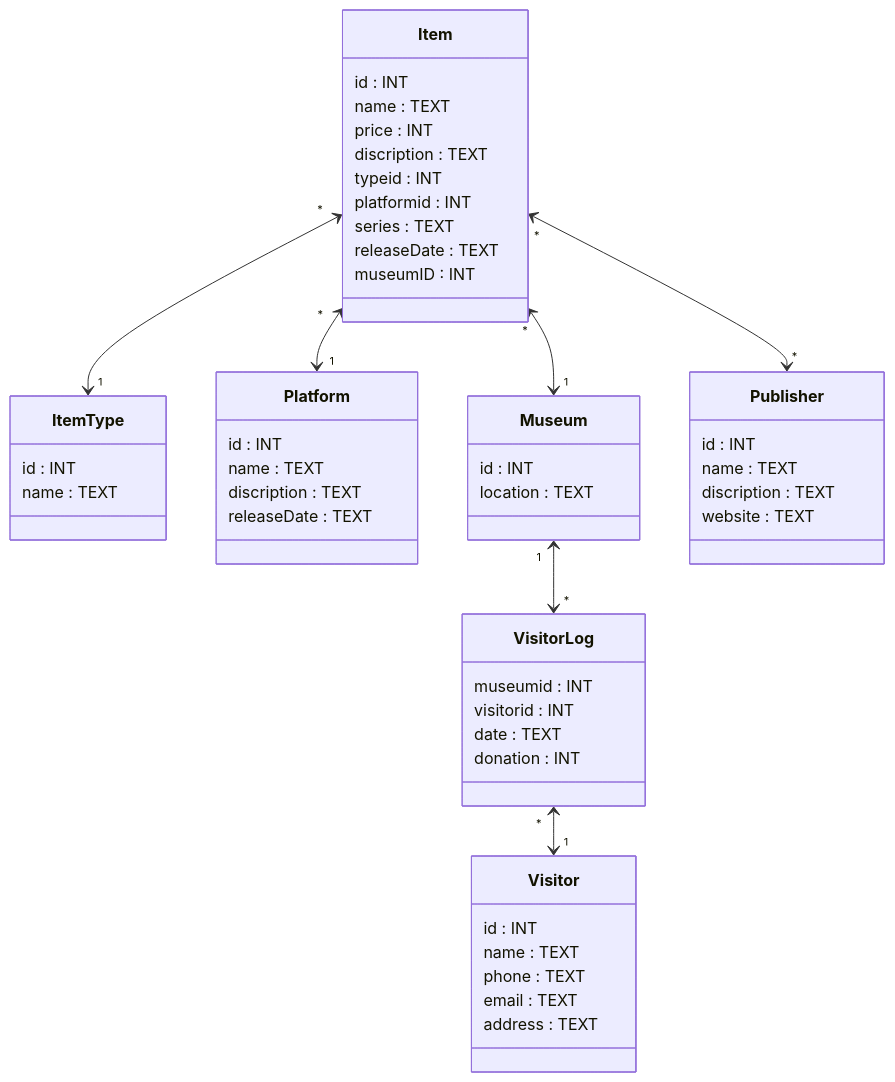
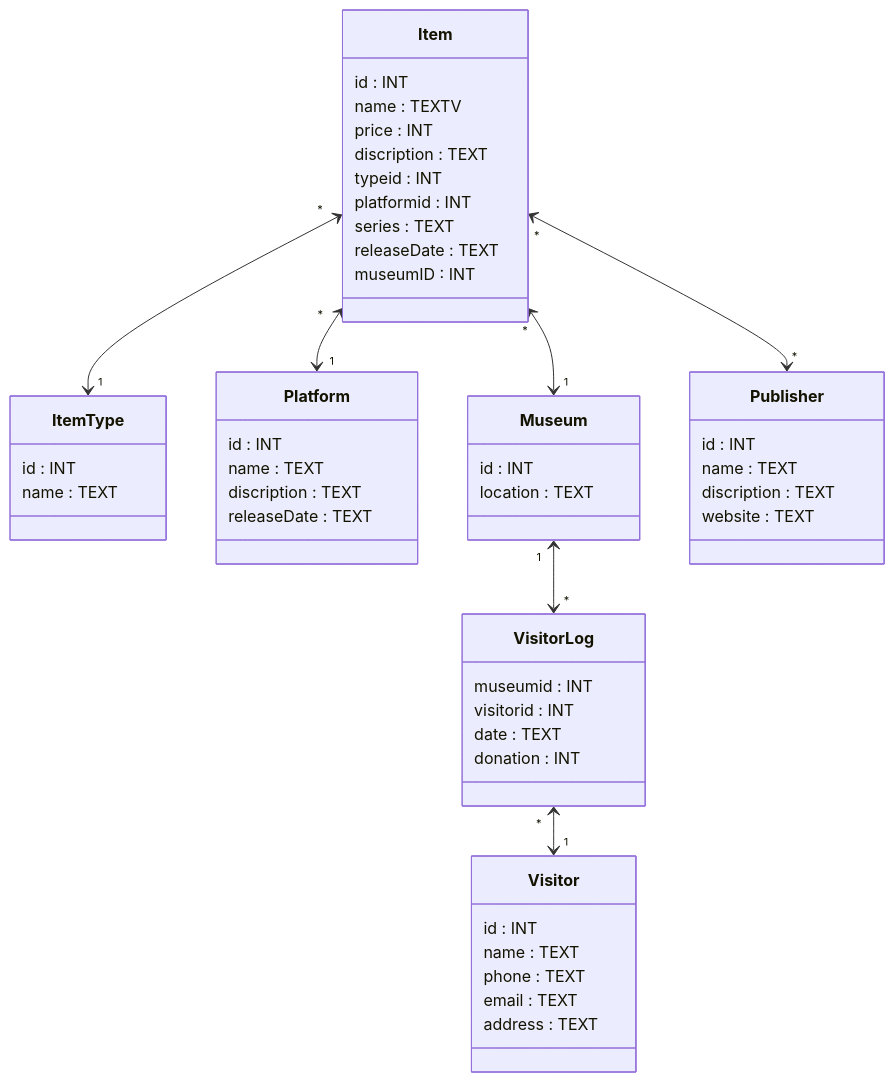
The diagram in README.md (LarsGielen/Project_VGHF), drawn with Mermaid before and after one commit. The commit also changed other lines of this file, not shown here.

Commit message:
Add UML report

````diff
--- a/README.md
+++ b/README.md
@@ -3,61 +3,61 @@
 ``` mermaid
 classDiagram
 
     Item "*" <--> "1" ItemType
     Item "*" <--> "1" Platform
     Item "*" <--> "1" Museum
     Item "*" <--> "*" Publisher
     Museum "1" <--> "*" VisitorLog
     VisitorLog "*" <--> "1" Visitor
 
     class Item {
         id : INT
-        name : TEXT
+        name : TEXTV
         price : INT
         discription : TEXT
         typeid : INT
         platformid : INT
         series : TEXT
         releaseDate : TEXT
         museumID : INT
     }
 
     class ItemType {
         id : INT
         name : TEXT
     }
 
     class Platform {
         id : INT
         name : TEXT
         discription : TEXT
         releaseDate : TEXT
     }
     
     class Publisher {
         id : INT
         name : TEXT
         discription : TEXT
         website : TEXT
     }
     
     class Museum {
         id : INT
         location : TEXT
     }
     
     class VisitorLog {
         museumid : INT
         visitorid : INT
         date : TEXT
         donation : INT
     }
     
     class Visitor {
         id : INT
         name : TEXT
         phone : TEXT
         email : TEXT
         address : TEXT
     }
  ```
````
